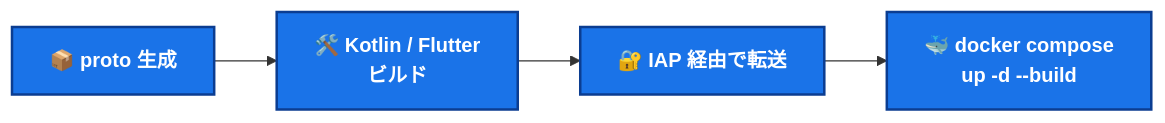
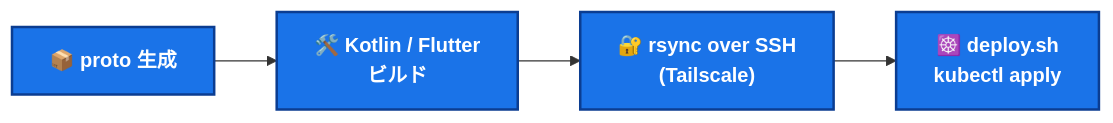
Before and after one commit to Tagomori0211/cloud-observability-gateway: the second of 2 diagrams in README.md, drawn with Mermaid. The commit also changed other lines of this file and 3 other files, not shown here.

````diff
--- a/README.md
+++ b/README.md
@@ -207,7 +217,7 @@
 ```mermaid
 flowchart LR
-    A["📦 proto 生成"] --> B["🛠️ Kotlin / Flutter<br/>ビルド"] --> C["🔐 IAP 経由で転送"] --> D["🐳 docker compose<br/>up -d --build"]
+    A["📦 proto 生成"] --> B["🛠️ Kotlin / Flutter<br/>ビルド"] --> C["🔐 rsync over SSH<br/>(Tailscale)"] --> D["☸️ deploy.sh<br/>kubectl apply"]
 
     classDef step fill:#1a73e8,stroke:#0b3d91,stroke-width:2px,color:#ffffff,font-weight:bold
     class A,B,C,D step
 ```
````
